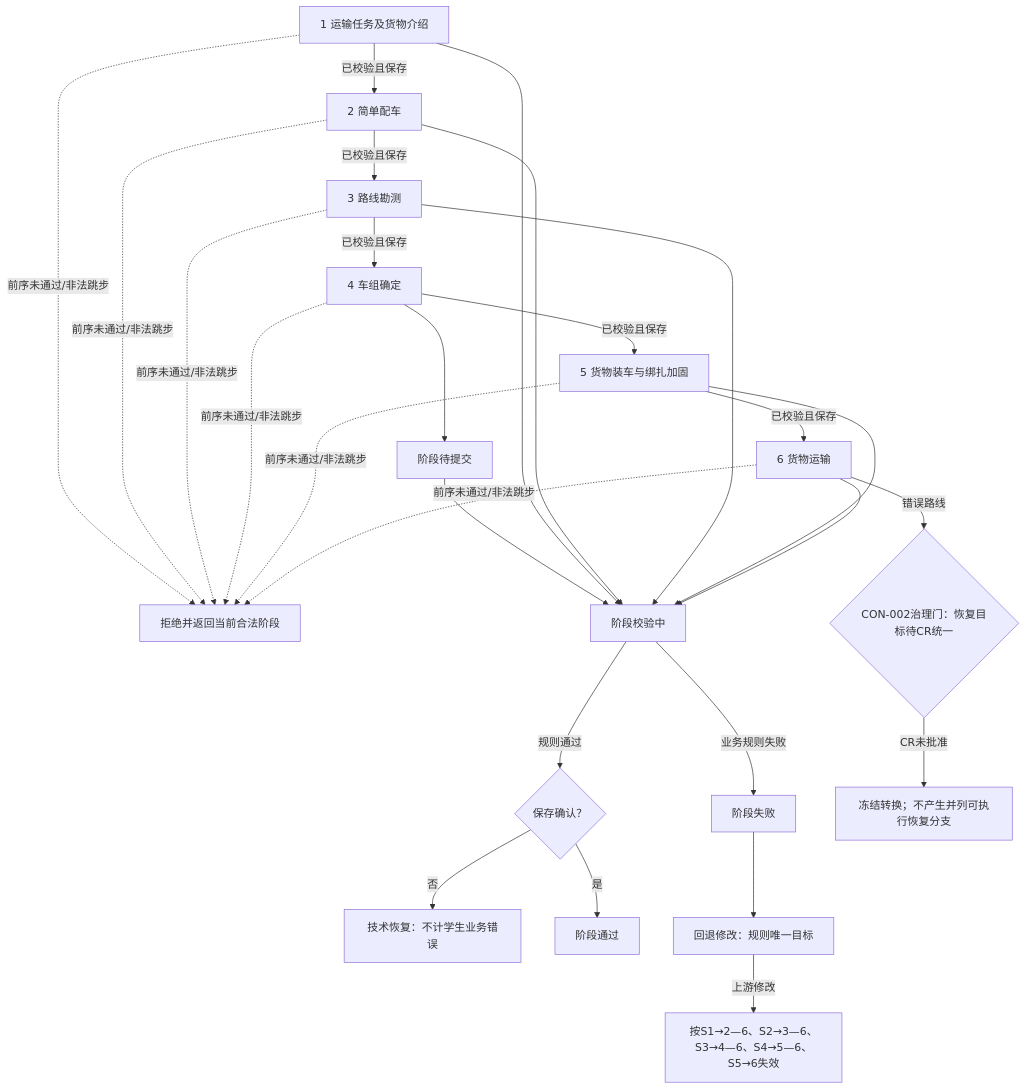
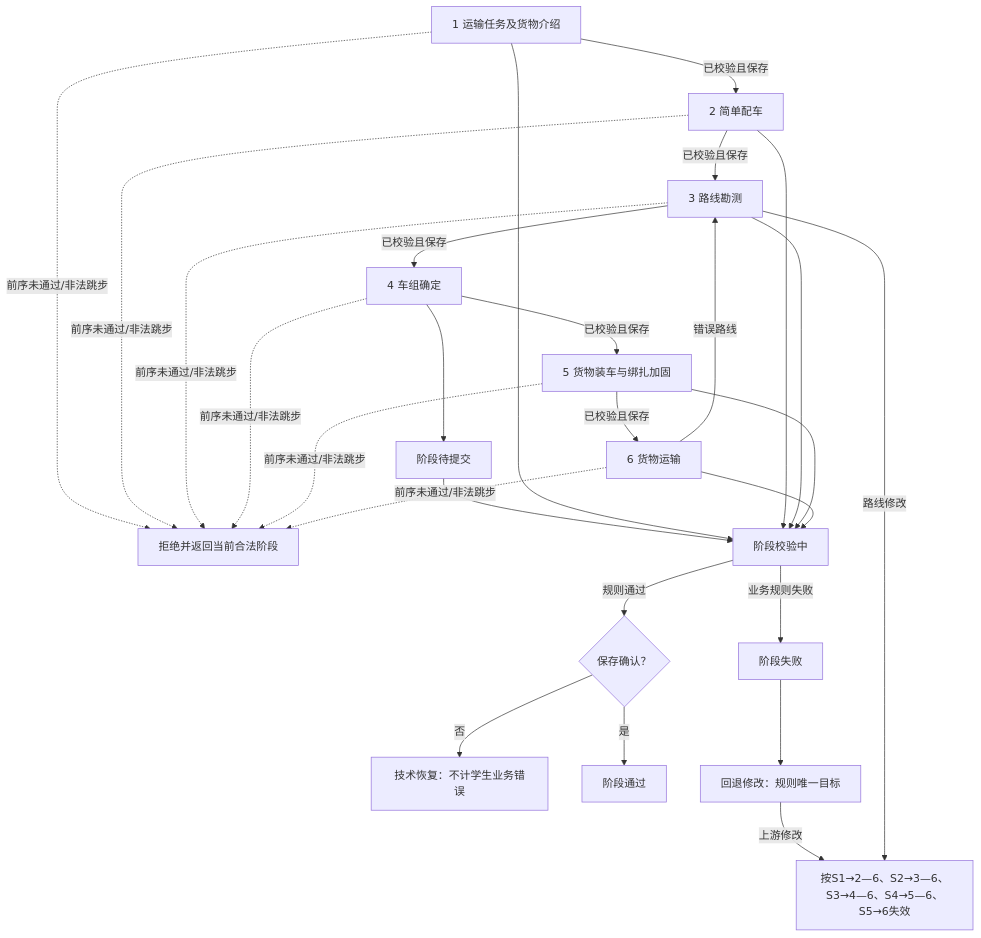
Before and after one commit to yone074418/dajianyunshu: the second of 3 diagrams in docs/实验状态机设计.md, drawn with Mermaid. The commit also changed other lines of this file and 10 other files, not shown here.

````diff
--- a/docs/实验状态机设计.md
+++ b/docs/实验状态机设计.md
@@ -520,27 +520,27 @@
 ```mermaid
 flowchart TD
     S1["1 运输任务及货物介绍"] -->|已校验且保存| S2["2 简单配车"]
     S2 -->|已校验且保存| S3["3 路线勘测"]
     S3 -->|已校验且保存| S4["4 车组确定"]
     S4 -->|已校验且保存| S5["5 货物装车与绑扎加固"]
     S5 -->|已校验且保存| S6["6 货物运输"]
     S1 -.前序未通过/非法跳步.-> R["拒绝并返回当前合法阶段"]
     S2 -.前序未通过/非法跳步.-> R
     S3 -.前序未通过/非法跳步.-> R
     S4 -.前序未通过/非法跳步.-> R
     S5 -.前序未通过/非法跳步.-> R
     S6 -.前序未通过/非法跳步.-> R
     S4 --> P["阶段待提交"] --> V["阶段校验中"]
     S1 --> V
     S2 --> V
     S3 --> V
     S5 --> V
     S6 --> V
     V -->|规则通过| G{"保存确认？"}
     G -->|否| T["技术恢复：不计学生业务错误"]
     G -->|是| OK["阶段通过"]
     V -->|业务规则失败| F["阶段失败"] --> B["回退修改：规则唯一目标"]
     B -->|上游修改| I["按S1→2—6、S2→3—6、S3→4—6、S4→5—6、S5→6失效"]
-    S6 -->|错误路线| C{"CON-002治理门：恢复目标待CR统一"}
-    C -->|CR未批准| X["冻结转换；不产生并列可执行恢复分支"]
+    S6 -->|错误路线| S3
+    S3 -->|路线修改| I
 ```
````
